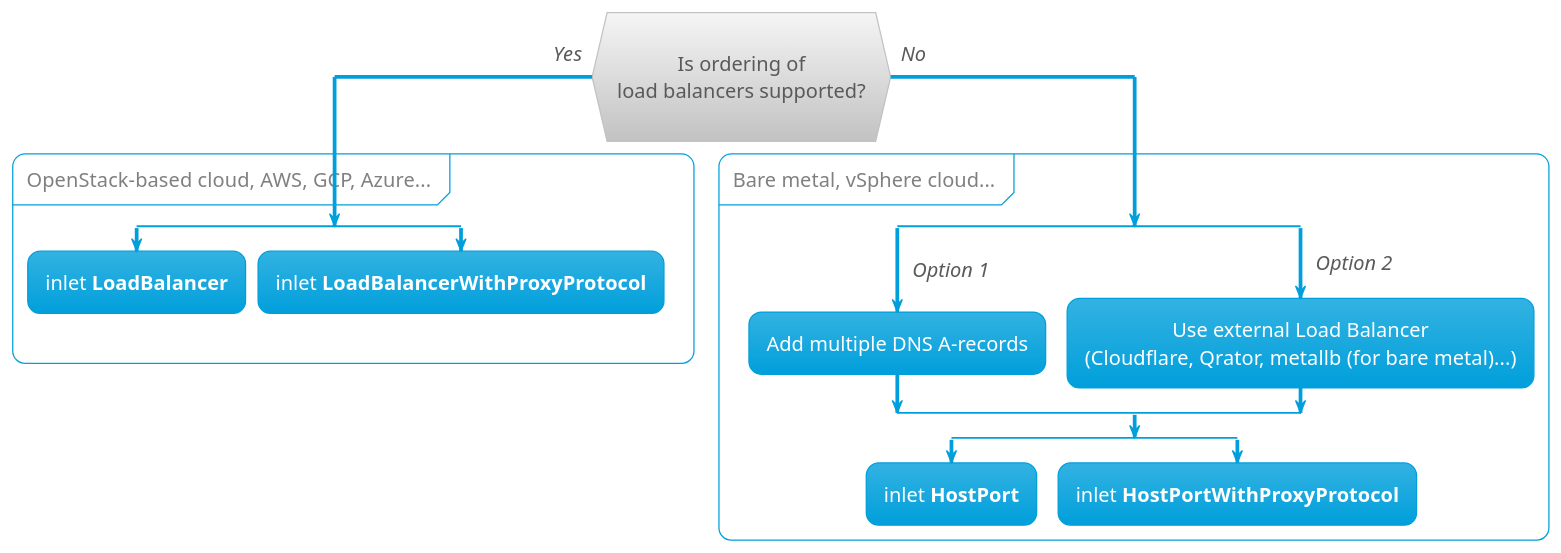
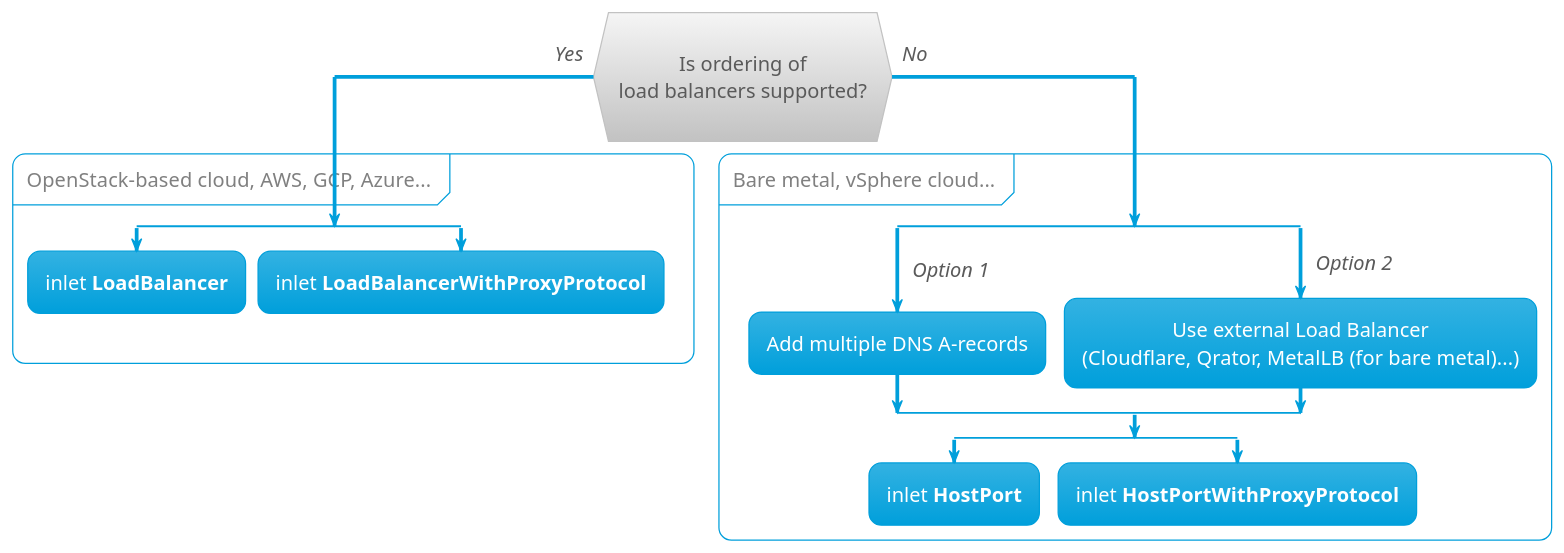
The diagram in docs/site/pages/guides/ingress-inlet.puml (deckhouse/deckhouse), drawn with PlantUML before and after one commit. The commit also changed 2 other files, not shown here.

```diff
--- a/docs/site/pages/guides/ingress-inlet.puml
+++ b/docs/site/pages/guides/ingress-inlet.puml
@@ -1,40 +1,40 @@
 @startuml
 
 !theme bluegray
 skinparam DefaultFontSize 16
 skinparam handwritten false
 skinparam ArrowFontStyle italic
 skinparam DefaultTextAlignment center
 skinparam PartitionFontColor grey
 skinparam backgroundColor transparent
 
 if (\nIs ordering of\nload balancers supported?\n) then (Yes)
 partition OpenStack-based cloud, AWS, GCP, Azure... {
   split
     :inlet **LoadBalancer**;
      kill
   split again
     :inlet **LoadBalancerWithProxyProtocol**;
     kill
   end split
   }
 else (No)
 partition Bare metal, vSphere cloud... {
   split
     ->Option 1;
     :Add multiple DNS A-records;
   split again
     ->Option 2;
     :Use external Load Balancer
-    (Cloudflare, Qrator, metallb (for bare metal)...);
+    (Cloudflare, Qrator, MetalLB (for bare metal)...);
   end split
   split
      :inlet **HostPort**;
      kill
   split again
     :inlet **HostPortWithProxyProtocol**;
     kill
   end split
   }
 endif
 @enduml
```
